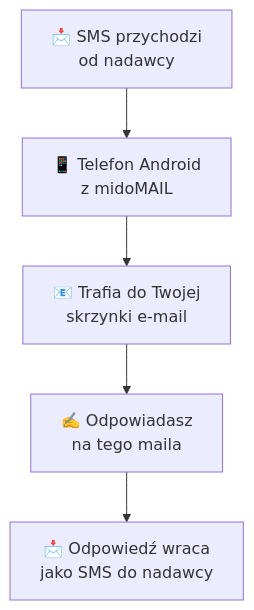
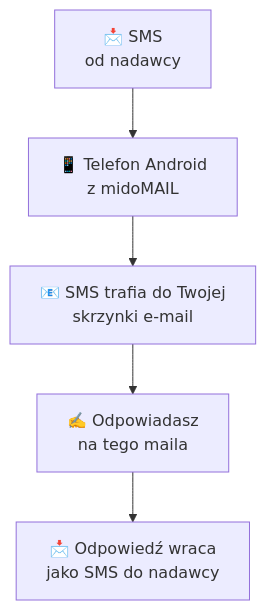
Before and after one commit to Irek-Mc/midoMAIL: the diagram in README.md, drawn with Mermaid.

````diff
--- a/README.md
+++ b/README.md
@@ -18,7 +18,7 @@
 ```mermaid
 graph TD
-    A["📩 SMS przychodzi<br/>od nadawcy"] --> B["📱 Telefon Android<br/>z midoMAIL"]
-    B --> C["📧 Trafia do Twojej<br/>skrzynki e-mail"]
+    A["📩 SMS<br/>od nadawcy"] --> B["📱 Telefon Android<br/>z midoMAIL"]
+    B --> C["📧 SMS trafia do Twojej<br/>skrzynki e-mail"]
     C --> D["✍️ Odpowiadasz<br/>na tego maila"]
     D --> E["📩 Odpowiedź wraca<br/>jako SMS do nadawcy"]
 ```
````
